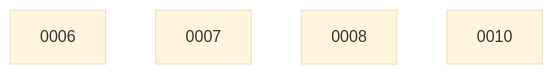
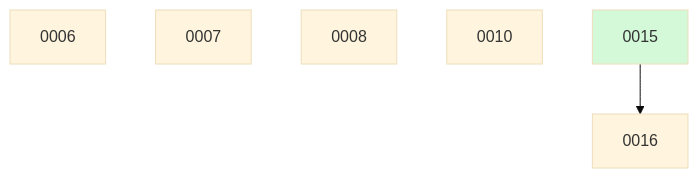
The diagram in docs/changes/BOARD.md (ethanhinson/codeindex), drawn with Mermaid (base theme) before and after one commit. The commit also changed other lines of this file, not shown here.

````diff
--- a/docs/changes/BOARD.md
+++ b/docs/changes/BOARD.md
@@ -14,7 +15,10 @@
 ```mermaid
 graph TD
   0006
   0007
   0008
   0010
+  0015 --> 0016
+  0015:::done
+  classDef done fill:#d3f9d8;
 ```
````
